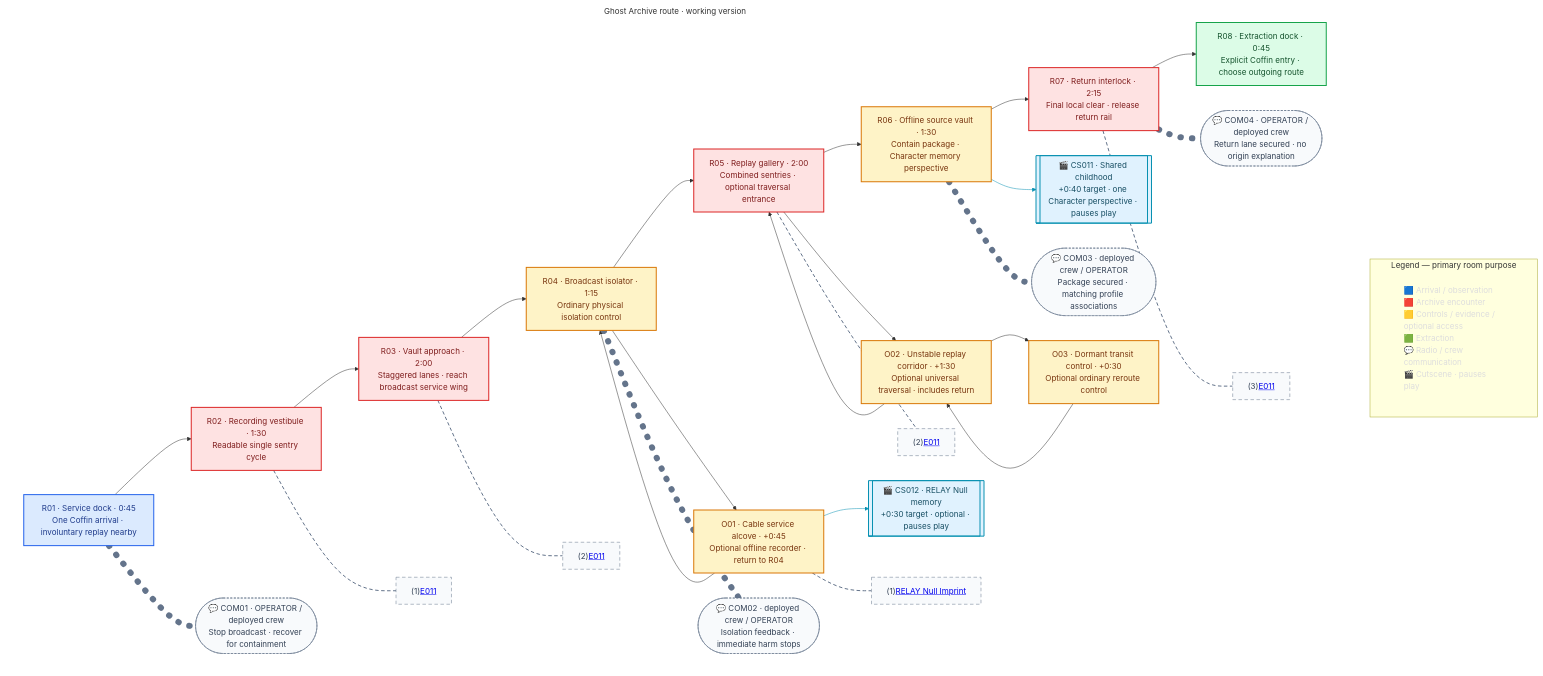
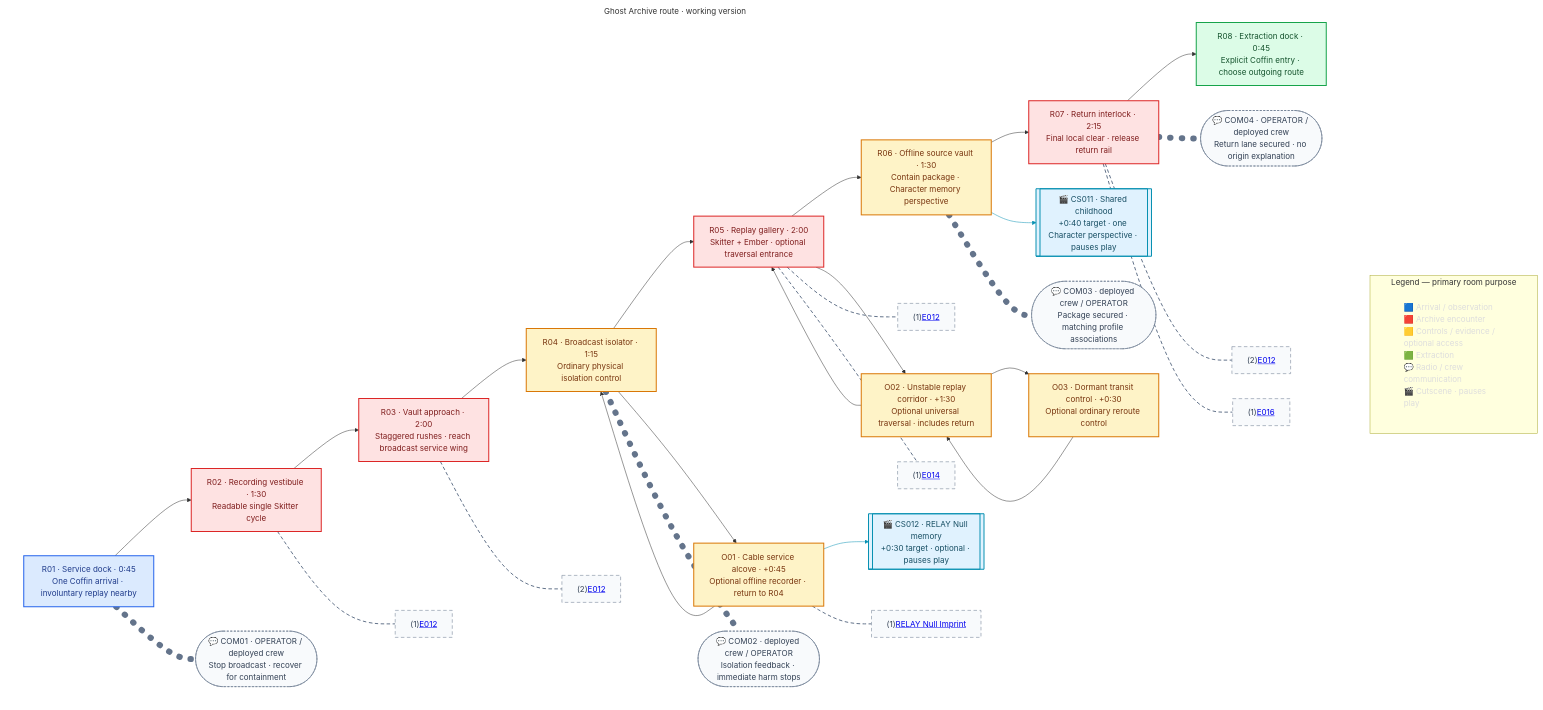
Before and after one commit to justgook/imprint-zero: the diagram in missions/ma01.md, drawn with Mermaid. The commit also changed other lines of this file and 26 other files, not shown here.

````diff
--- a/missions/ma01.md
+++ b/missions/ma01.md
@@ -33,59 +33,61 @@
 ```mermaid
 flowchart TB
     subgraph Legend[Legend — primary room purpose]
         L["🟦 Arrival / observation<br/>🟥 Archive encounter<br/>🟨 Controls / evidence / optional access<br/>🟩 Extraction<br/>💬 Radio / crew communication<br/>🎬 Cutscene · pauses play"]
     end
     subgraph Route[Ghost Archive route · working version]
         direction LR
-        R01["R01 · Service dock · 0:45<br/>One Coffin arrival · involuntary replay nearby"] --> R02["R02 · Recording vestibule · 1:30<br/>Readable single sentry cycle"]
-        R02 --> R03["R03 · Vault approach · 2:00<br/>Staggered lanes · reach broadcast service wing"]
+        R01["R01 · Service dock · 0:45<br/>One Coffin arrival · involuntary replay nearby"] --> R02["R02 · Recording vestibule · 1:30<br/>Readable single Skitter cycle"]
+        R02 --> R03["R03 · Vault approach · 2:00<br/>Staggered rushes · reach broadcast service wing"]
         R03 --> R04["R04 · Broadcast isolator · 1:15<br/>Ordinary physical isolation control"]
-        R04 --> R05["R05 · Replay gallery · 2:00<br/>Combined sentries · optional traversal entrance"]
+        R04 --> R05["R05 · Replay gallery · 2:00<br/>Skitter + Ember · optional traversal entrance"]
         R05 --> R06["R06 · Offline source vault · 1:30<br/>Contain package · Character memory perspective"]
         R06 --> R07["R07 · Return interlock · 2:15<br/>Final local clear · release return rail"]
         R07 --> R08["R08 · Extraction dock · 0:45<br/>Explicit Coffin entry · choose outgoing route"]
 
         R04 --> O01["O01 · Cable service alcove · +0:45<br/>Optional offline recorder · return to R04"]
         O01 --> R04
         R05 --> O02["O02 · Unstable replay corridor · +1:30<br/>Optional universal traversal · includes return"]
         O02 --> O03["O03 · Dormant transit control · +0:30<br/>Optional ordinary reroute control"]
         O03 --> O02
         O02 --> R05
 
         R06 --> CS011[["🎬 CS011 · Shared childhood<br/>+0:40 target · one Character perspective · pauses play"]]
         O01 --> CS012[["🎬 CS012 · RELAY Null memory<br/>+0:30 target · optional · pauses play"]]
         click CS011 href "#/cutscenes/cs011"
         click CS012 href "#/cutscenes/cs012"
 
         R01 -.- COM01(["💬 COM01 · OPERATOR / deployed crew<br/>Stop broadcast · recover for containment"])
         R04 -.- COM02(["💬 COM02 · deployed crew / OPERATOR<br/>Isolation feedback · immediate harm stops"])
         R06 -.- COM03(["💬 COM03 · deployed crew / OPERATOR<br/>Package secured · matching profile associations"])
         R07 -.- COM04(["💬 COM04 · OPERATOR / deployed crew<br/>Return lane secured · no origin explanation"])
 
-        R02 -.- C02["(1)<a href='#/enemies/e011'>E011</a>"]
-        R03 -.- C03["(2)<a href='#/enemies/e011'>E011</a>"]
-        R05 -.- C05["(2)<a href='#/enemies/e011'>E011</a>"]
-        R07 -.- C07["(3)<a href='#/enemies/e011'>E011</a>"]
+        R02 -.- C02["(1)<a href='#/enemies/e012'>E012</a>"]
+        R03 -.- C03["(2)<a href='#/enemies/e012'>E012</a>"]
+        R05 -.- C05S["(1)<a href='#/enemies/e012'>E012</a>"]
+        R05 -.- C05E["(1)<a href='#/enemies/e014'>E014</a>"]
+        R07 -.- C07S["(2)<a href='#/enemies/e012'>E012</a>"]
+        R07 -.- C07A["(1)<a href='#/enemies/e016'>E016</a>"]
         O01 -.- CO1["(1)<a href='#/imprints/relay-null'>RELAY Null Imprint</a>"]
     end
     classDef arrival fill:#dbeafe,stroke:#2563eb,color:#1e3a8a,stroke-width:2px;
     classDef combat fill:#fee2e2,stroke:#dc2626,color:#7f1d1d,stroke-width:2px;
     classDef objective fill:#fef3c7,stroke:#d97706,color:#78350f,stroke-width:2px;
     classDef exit fill:#dcfce7,stroke:#16a34a,color:#14532d,stroke-width:2px;
     classDef communication fill:#f8fafc,stroke:#64748b,color:#334155,stroke-width:1px,stroke-dasharray:4 3;
     classDef cutscene fill:#e0f2fe,stroke:#0891b2,color:#164e63,stroke-width:2px;
     classDef roomContent fill:#f8fafc,stroke:#64748b,color:#334155,stroke-width:1px,stroke-dasharray:7 5;
     classDef legend fill:none,stroke:none,color:#ddd,text-align:left;
     class R01 arrival;
     class R02,R03,R05,R07 combat;
     class R04,R06,O01,O02,O03 objective;
     class R08 exit;
     class COM01,COM02,COM03,COM04 communication;
     class CS011,CS012 cutscene;
-    class C02,C03,C05,C07,CO1 roomContent;
+    class C02,C03,C05S,C05E,C07S,C07A,CO1 roomContent;
     class L legend;
     linkStyle 13,14 stroke:#0891b2,stroke-width:1px;
     linkStyle 15,16,17,18 stroke:#64748b,stroke-width:12px,stroke-dasharray:1 22,stroke-linecap:round;
-    linkStyle 19,20,21,22,23 stroke:#64748b,stroke-width:2px,stroke-dasharray:7 5;
+    linkStyle 19,20,21,22,23,24,25 stroke:#64748b,stroke-width:2px,stroke-dasharray:7 5;
     style Route fill:none,stroke:none;
 ```
````
